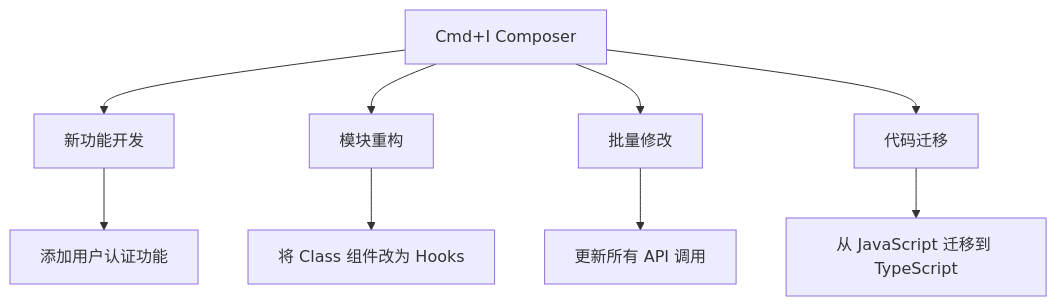
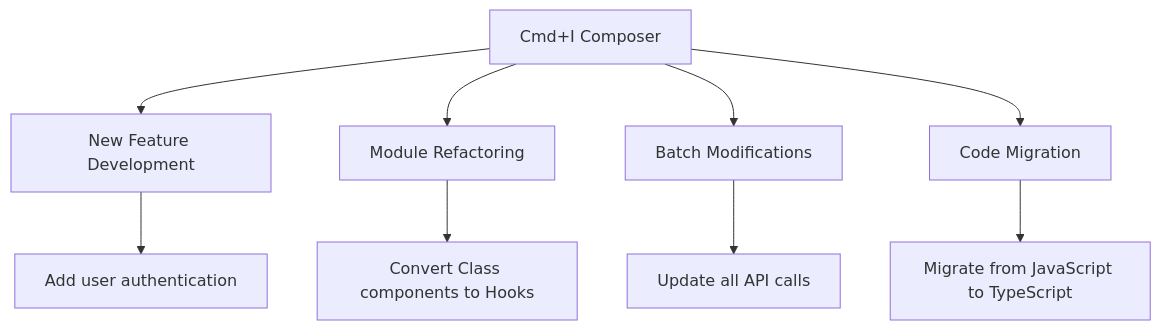
Before and after one commit to DDR187/cursor-howto: the fifth of 9 diagrams in 01-shortcuts/README.md, drawn with Mermaid. The commit also changed other lines of this file and 22 other files, not shown here.

````diff
--- a/01-shortcuts/README.md
+++ b/01-shortcuts/README.md
@@ -287,12 +287,12 @@
 ```mermaid
 flowchart TB
-    A[Cmd+I Composer] --> B[新功能开发]
-    A --> C[模块重构]
-    A --> D[批量修改]
-    A --> E[代码迁移]
+    A[Cmd+I Composer] --> B[New Feature Development]
+    A --> C[Module Refactoring]
+    A --> D[Batch Modifications]
+    A --> E[Code Migration]
     
-    B --> B1["添加用户认证功能"]
-    C --> C1["将 Class 组件改为 Hooks"]
-    D --> D1["更新所有 API 调用"]
-    E --> E1["从 JavaScript 迁移到 TypeScript"]
+    B --> B1["Add user authentication"]
+    C --> C1["Convert Class components to Hooks"]
+    D --> D1["Update all API calls"]
+    E --> E1["Migrate from JavaScript to TypeScript"]
 ```
````
